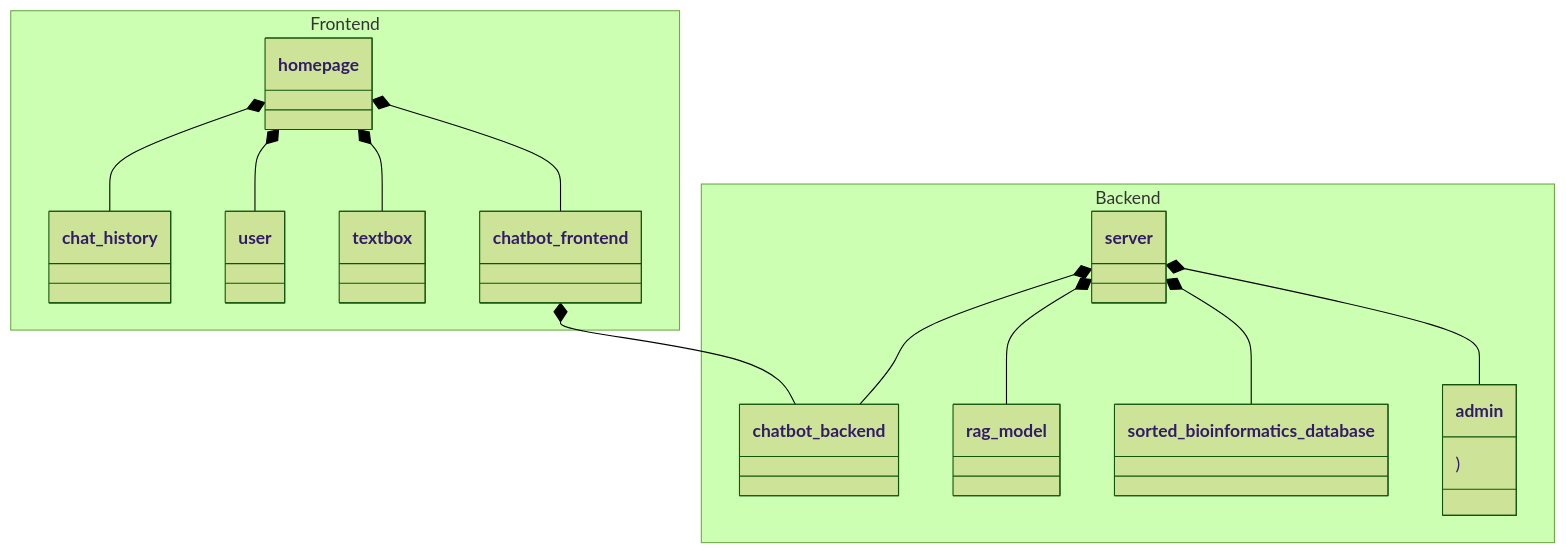
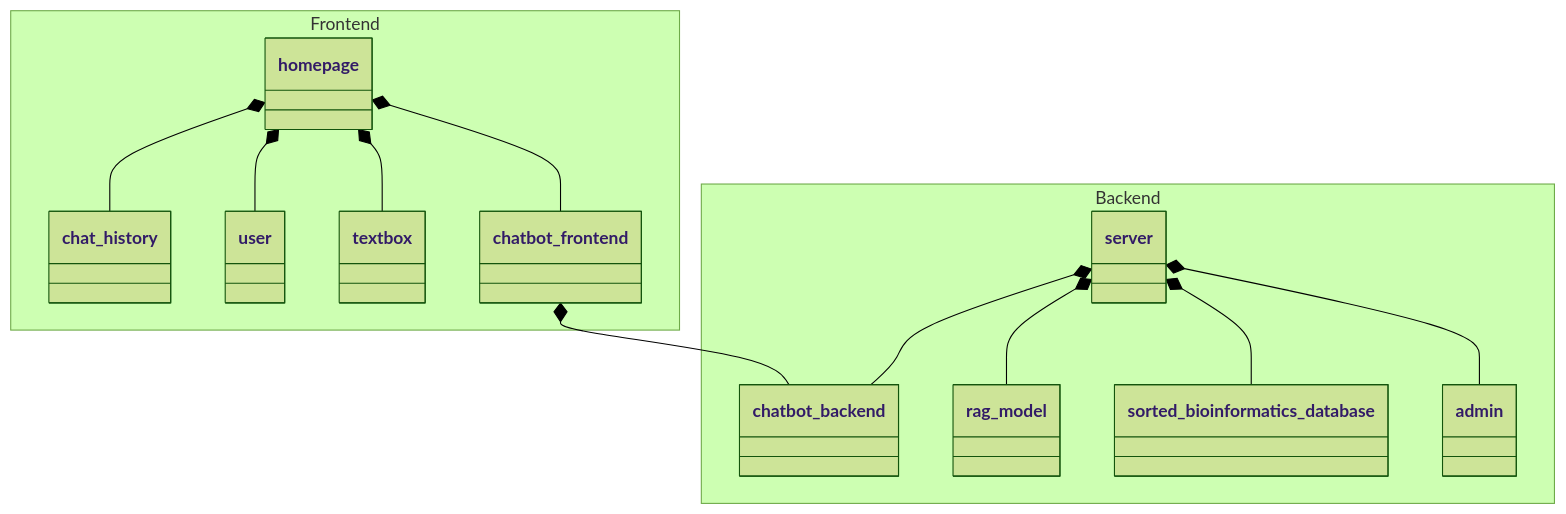
One commit to Capstone-Projects-2025-Spring/project-003-bioinformatics-chatbot changed the first of 3 diagrams in documentation/docs/system-architecture/Class Diagram.md. Above: the diagram before and after it, drawn with Mermaid (forest theme).

Commit message:
Update Class Diagram.md
literally remove a "("

````diff
--- a/documentation/docs/system-architecture/Class Diagram.md
+++ b/documentation/docs/system-architecture/Class Diagram.md
@@ -9,72 +9,72 @@
 ```mermaid
 classDiagram
 direction TB
 	namespace Frontend {
         class homepage {
 	        
         }
 
         class chat_history {
 	        
         }
 
 
 
         class user {
 
         }
 
         class textbox {
 
         }
 
 
 
         class chatbot_frontend {
         }
 
 	}
 	namespace Backend {
         class server {
         }
 
         class chatbot_backend {
 
         }
 
 
         class rag_model {
         }
 
 
 
 
         class sorted_bioinformatics_database{
 
         }
 
 
         class admin {
-)
+
         }
 
 	}
 
     homepage *-- user
     homepage *-- textbox
     homepage *-- chatbot_frontend
     homepage *-- chat_history
 
 
      
     chatbot_frontend *-- chatbot_backend
 
     server *-- chatbot_backend
     server *--sorted_bioinformatics_database
     server *-- rag_model
     server *-- admin
   
     
 
 
 ```
````
